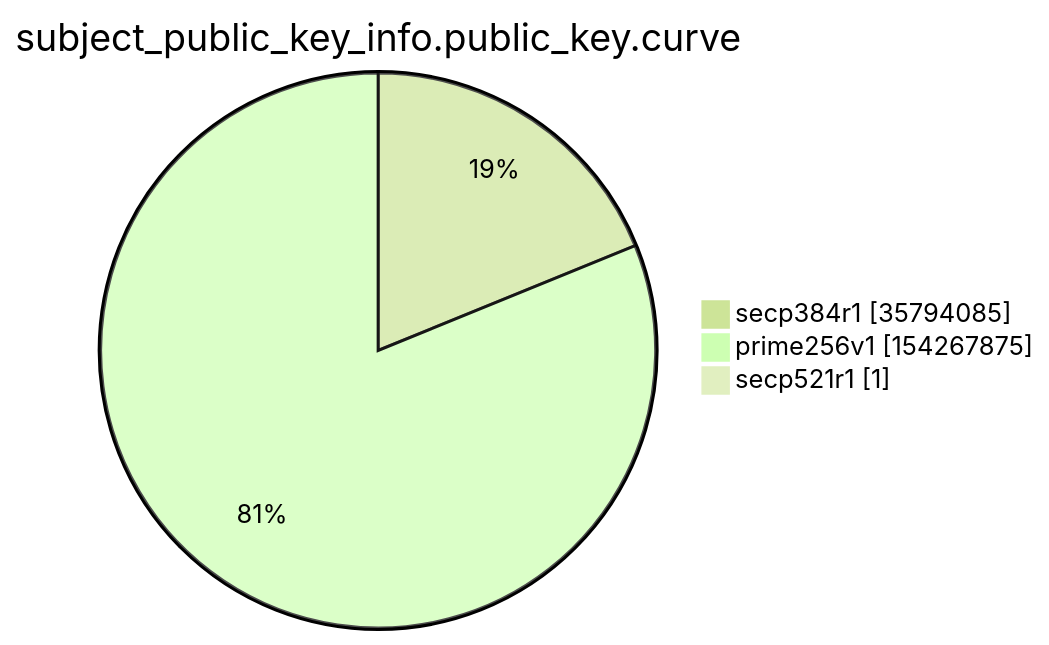
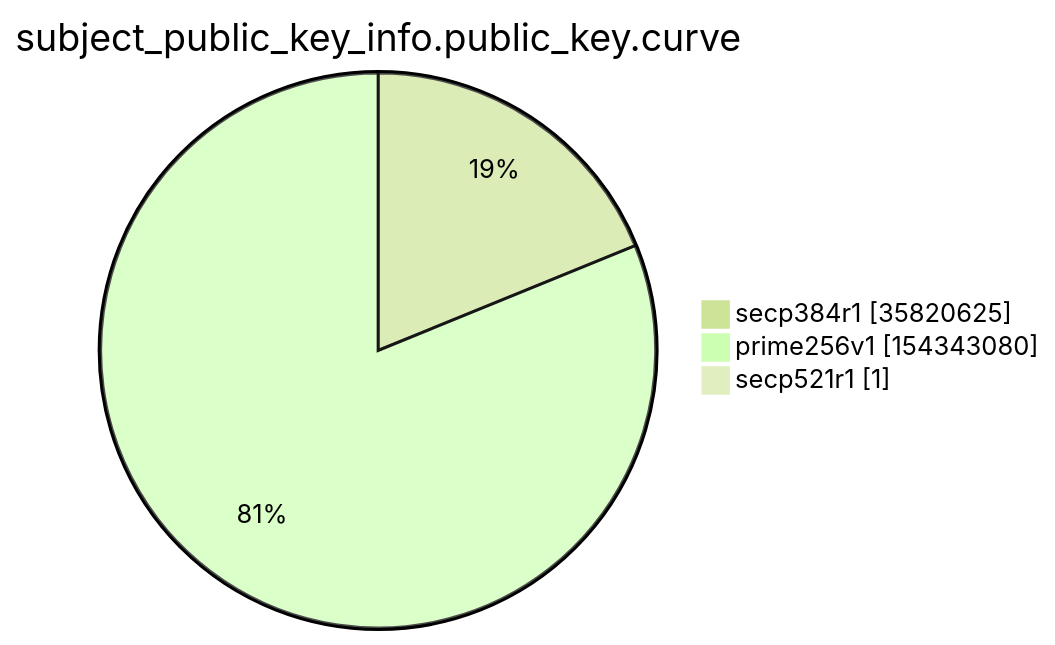
The ninth of 15 diagrams in argon2022/README.md (christiankrug/ctmonitor_visualization), drawn with Mermaid (forest theme) before and after one commit. The commit also changed other lines of this file, not shown here.

````diff
--- a/argon2022/README.md
+++ b/argon2022/README.md
@@ -2765,7 +2765,7 @@
 ```mermaid
 pie showData
 title subject_public_key_info.public_key.curve
-"secp384r1" :35794085
-"prime256v1" :154267875
+"secp384r1" :35820625
+"prime256v1" :154343080
 "secp521r1" :1
 ```
````
